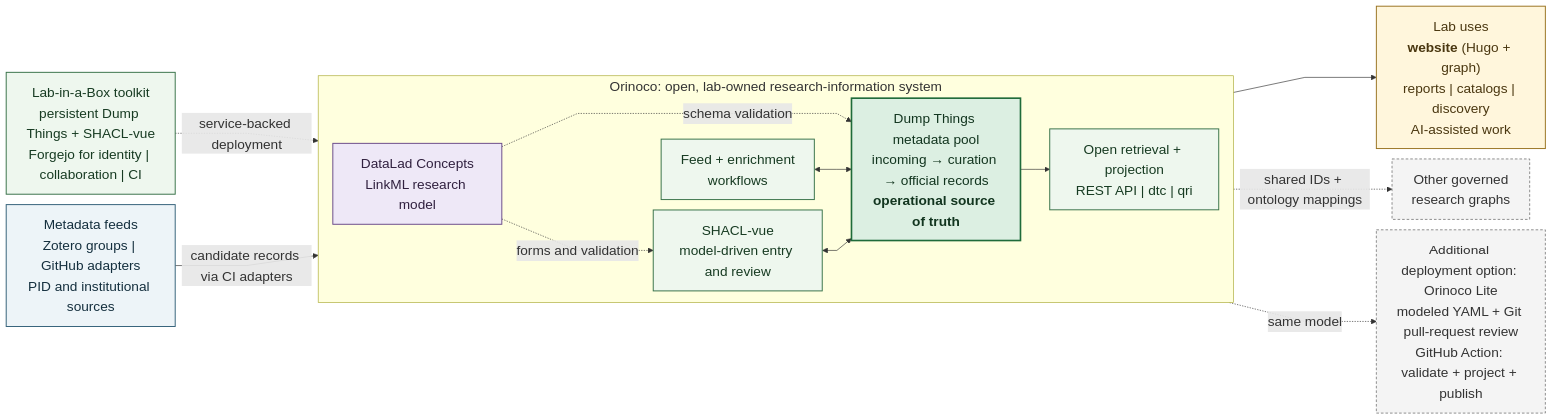
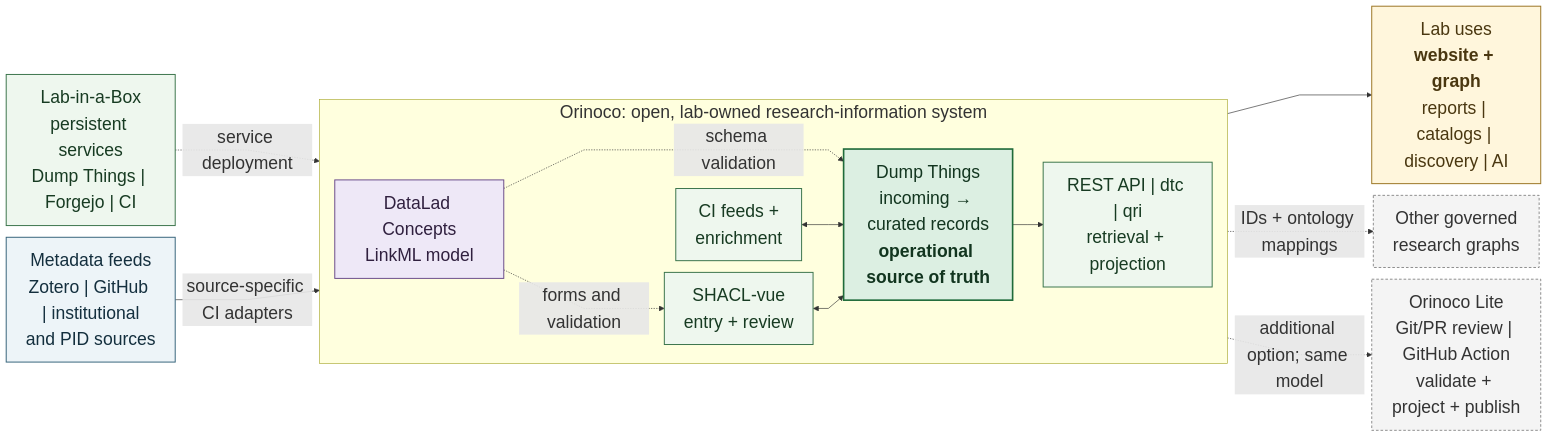
The diagram in 2026-usrse/orinoco-metadata-flow.mmd (con/talks), drawn with Mermaid before and after one commit. The commit also changed 2 other files, not shown here.

Commit message:
Improve poster figure legibility and mission alignment

```diff
--- a/2026-usrse/orinoco-metadata-flow.mmd
+++ b/2026-usrse/orinoco-metadata-flow.mmd
@@ -1,47 +1,47 @@
 %% Solid arrows show metadata flow; dashed arrows show supporting model,
 %% deployment, and interoperability relationships.
 %% The component layout adapts Orinoco's 2026 selfhost_components.svg artwork.
-%%{init: {"htmlLabels": true, "flowchart": {"curve": "linear", "nodeSpacing": 16, "rankSpacing": 20}, "themeVariables": {"fontFamily": "Arial, Helvetica, sans-serif", "fontSize": "21px"}}}%%
+%%{init: {"htmlLabels": true, "flowchart": {"curve": "linear", "nodeSpacing": 18, "rankSpacing": 22}, "themeVariables": {"fontFamily": "Arial, Helvetica, sans-serif", "fontSize": "27px"}}}%%
 flowchart LR
-    F["Metadata feeds<br/>Zotero groups | GitHub adapters<br/>PID and institutional sources"]
+    F["Metadata feeds<br/>Zotero | GitHub | institutional<br/>and PID sources"]
 
-    G["Lab-in-a-Box toolkit<br/>persistent Dump Things + SHACL-vue<br/>Forgejo for identity | collaboration | CI"]
+    G["Lab-in-a-Box<br/>persistent services<br/>Dump Things | Forgejo | CI"]
 
     subgraph O["Orinoco: open, lab-owned research-information system"]
         direction LR
-        M["DataLad Concepts<br/>LinkML research model"]
-        E["Feed + enrichment<br/>workflows"]
-        V["SHACL-vue<br/>model-driven entry and review"]
-        P["Dump Things metadata pool<br/>incoming → curation → official records<br/><b>operational source of truth</b>"]
-        Q["Open retrieval + projection<br/>REST API | dtc | qri"]
+        M["DataLad Concepts<br/>LinkML model"]
+        E["CI feeds +<br/>enrichment"]
+        V["SHACL-vue<br/>entry + review"]
+        P["Dump Things<br/>incoming → curated records<br/><b>operational source of truth</b>"]
+        Q["REST API | dtc | qri<br/>retrieval + projection"]
 
         M -. "forms and validation" .-> V
         M -. "schema validation" .-> P
         E <--> P
         V <--> P
         P --> Q
     end
 
-    G -. "service-backed deployment" .-> O
+    G -. "service deployment" .-> O
 
-    F -->|"candidate records via CI adapters"| O
-    O --> U["Lab uses<br/><b>website</b> (Hugo + graph)<br/>reports | catalogs | discovery<br/>AI-assisted work"]
+    F -->|"source-specific CI adapters"| O
+    O --> U["Lab uses<br/><b>website + graph</b><br/>reports | catalogs | discovery | AI"]
 
-    O -. "shared IDs + ontology mappings" .-> K["Other governed<br/>research graphs"]
+    O -. "IDs + ontology mappings" .-> K["Other governed<br/>research graphs"]
 
-    L["Additional deployment option: Orinoco Lite<br/>modeled YAML + Git pull-request review<br/>GitHub Action: validate + project + publish"]
-    O -. "same model" .-> L
+    L["Orinoco Lite<br/>Git/PR review | GitHub Action<br/>validate + project + publish"]
+    O -. "additional option; same model" .-> L
 
     classDef feed fill:#edf4f8,stroke:#35627a,color:#142f3e,stroke-width:1.5px;
     classDef model fill:#eee8f7,stroke:#6a4b8a,color:#30203f,stroke-width:1.5px;
     classDef tool fill:#eef7ee,stroke:#39734a,color:#173b22,stroke-width:1.5px;
     classDef pool fill:#dcefe2,stroke:#1f6b3a,color:#12351f,stroke-width:2.5px;
     classDef use fill:#fff6dc,stroke:#9a7422,color:#4a3710,stroke-width:1.5px;
     classDef note fill:#f4f4f4,stroke:#777,color:#333,stroke-width:1.25px,stroke-dasharray:4 3;
 
     class F feed;
     class M model;
     class E,V,Q,G tool;
     class P pool;
     class U use;
     class K,L note;
```
